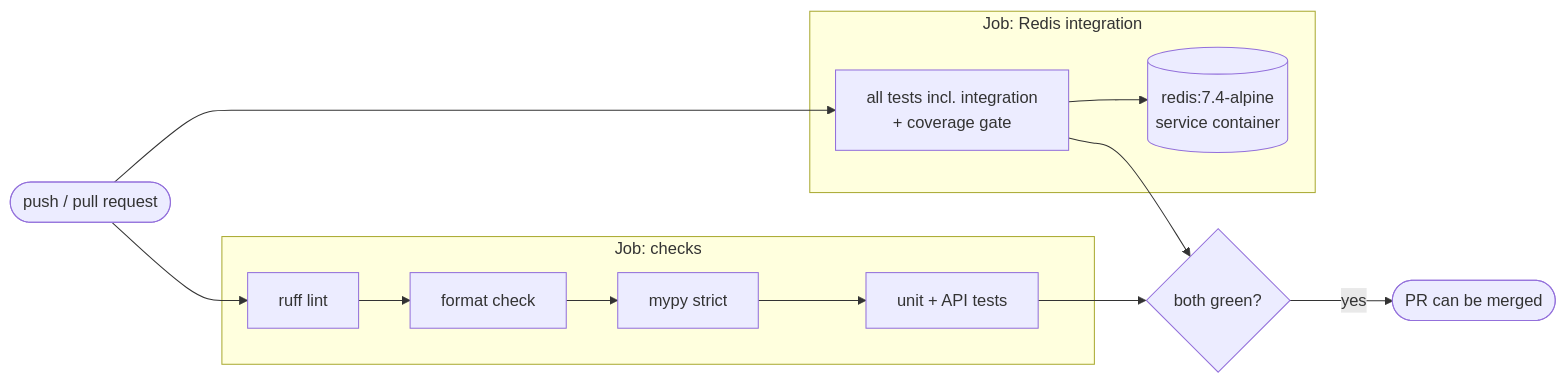
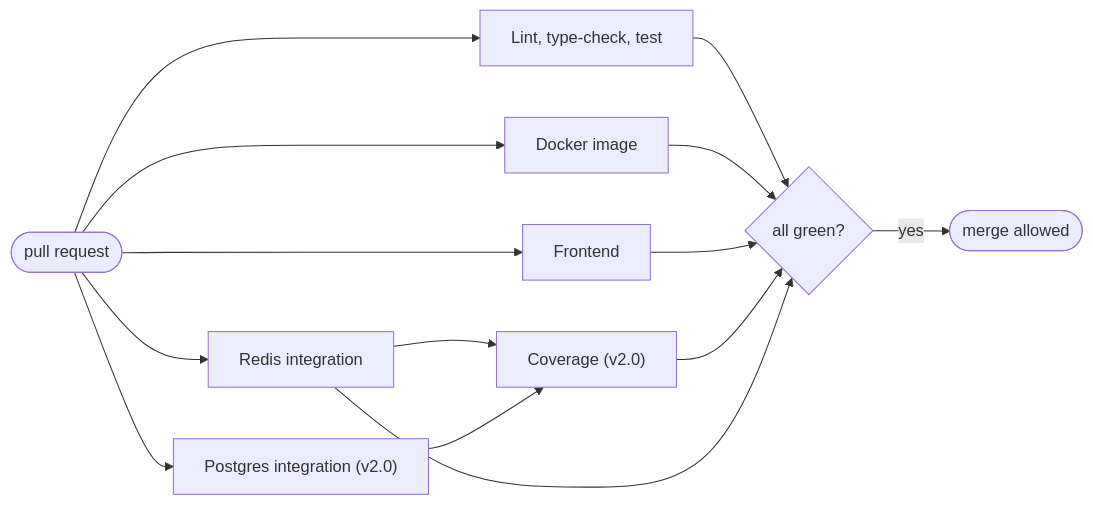
Before and after one commit to loktiyur/weather_forecaster: the seventh of 8 diagrams in ARCHITECTURE.md, drawn with Mermaid. The commit also changed other lines of this file and 2 other files, not shown here.

Commit message:
chore: Changed the implementation and the architecture structure of the app [TRIVIAL]

````diff
--- a/ARCHITECTURE.md
+++ b/ARCHITECTURE.md
@@ -397,21 +675,17 @@
 ```mermaid
 flowchart LR
-    push([push / pull request])
-
-    subgraph checks[Job: checks]
-        lint[ruff lint] --> fmt[format check] --> mypy[mypy strict] --> unit[unit + API tests]
-    end
-
-    subgraph integration["Job: Redis integration"]
-        svc[("redis:7.4-alpine<br/>service container")]
-        itests["all tests incl. integration<br/>+ coverage gate"]
-        itests --> svc
-    end
-
-    gate{both green?}
-    push --> lint
-    push --> itests
-    unit --> gate
-    itests --> gate
-    gate -- yes --> merge([PR can be merged])
+    pr([pull request])
+    pr --> checks["Lint, type-check, test"]
+    pr --> redisj["Redis integration"]
+    pr --> docker["Docker image"]
+    pr --> fe["Frontend"]
+    pr --> pg["Postgres integration (v2.0)"]
+    redisj --> cov["Coverage (v2.0)"]
+    pg --> cov
+    checks --> gate{all green?}
+    docker --> gate
+    fe --> gate
+    cov --> gate
+    redisj --> gate
+    gate -- yes --> merge([merge allowed])
 ```
````
